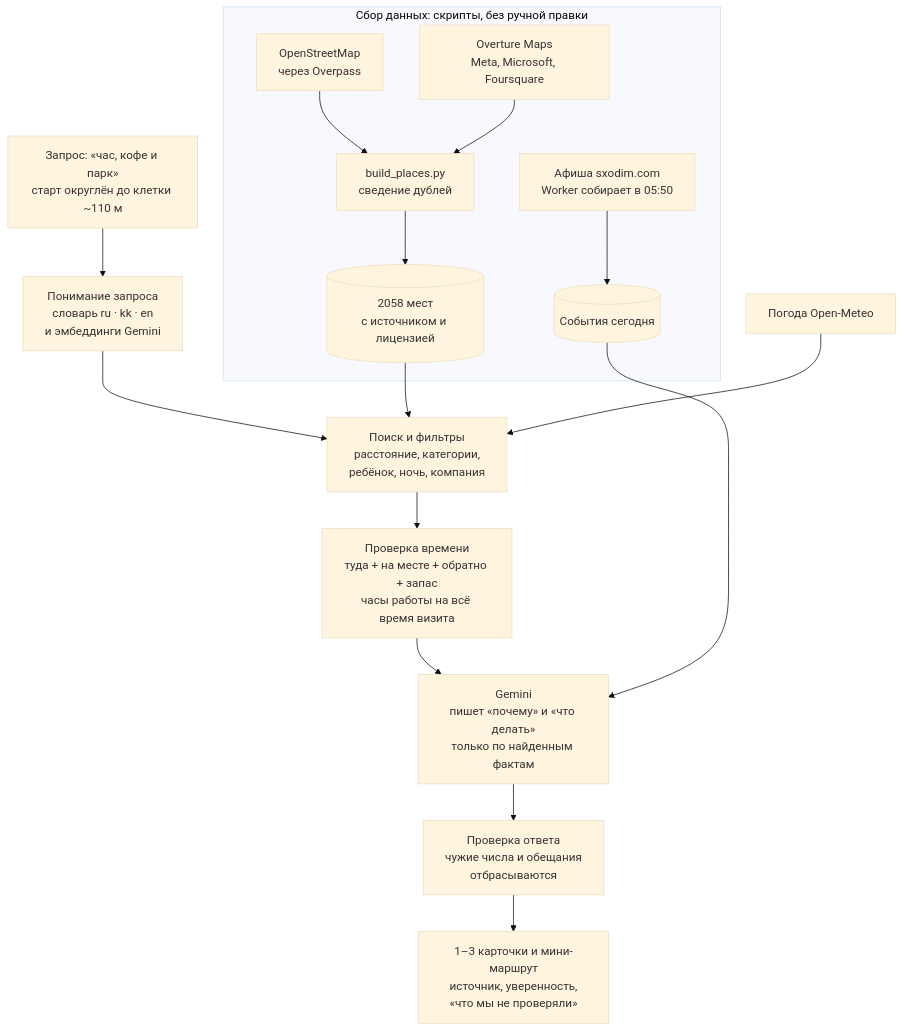
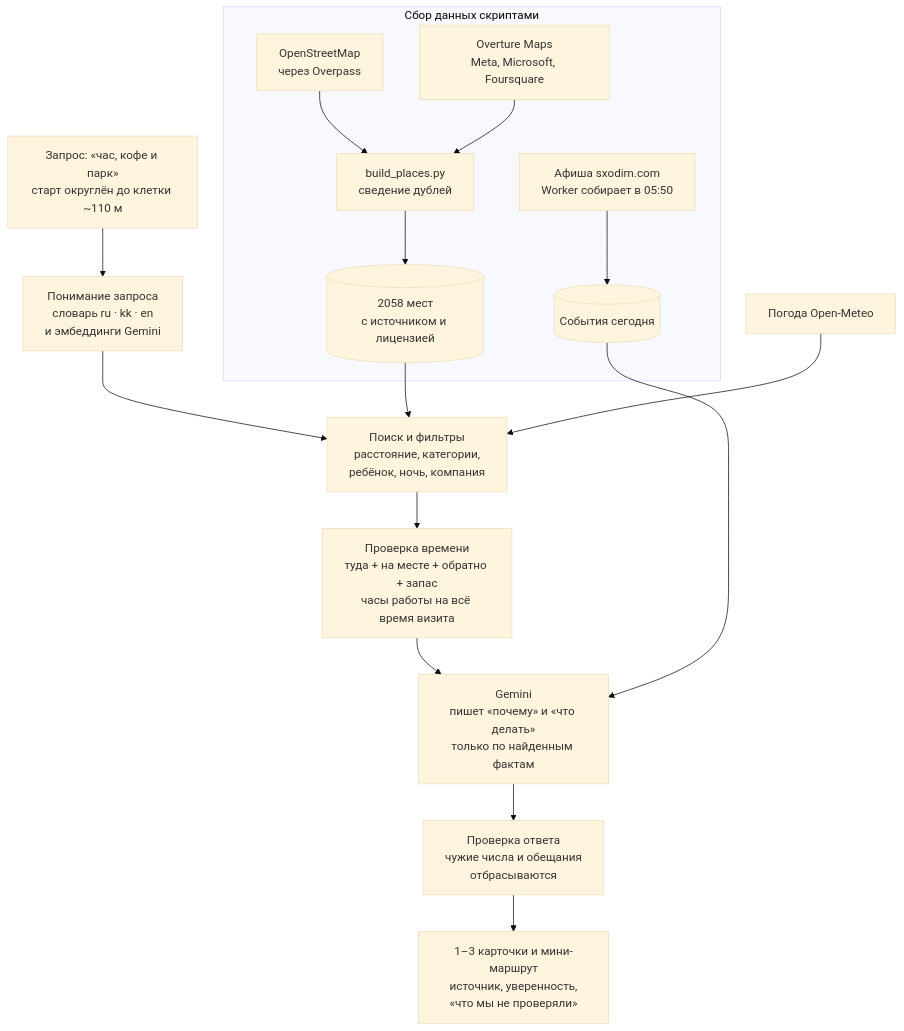
Before and after one commit to Azalytical/ascension-smartwalk: the diagram in docs/how-it-works.md, drawn with Mermaid (base theme).

Commit message:
Shorter title for the data collection box in the RAG diagram
Claude-Session: https://claude.ai/code/session_018SeCRCB3GvbfdCr5vpKw2r

````diff
--- a/docs/how-it-works.md
+++ b/docs/how-it-works.md
@@ -5,18 +5,18 @@
 ```mermaid
 flowchart TB
-  subgraph collect["Сбор данных: скрипты, без ручной правки"]
+  subgraph collect["Сбор данных скриптами"]
     osm["OpenStreetMap<br/>через Overpass"] --> merge["build_places.py<br/>сведение дублей"]
     ovt["Overture Maps<br/>Meta, Microsoft, Foursquare"] --> merge
     merge --> db[("2058 мест<br/>с источником и лицензией")]
     sx["Афиша sxodim.com<br/>Worker собирает в 05:50"] --> ev[("События сегодня")]
   end
   q["Запрос: «час, кофе и парк»<br/>старт округлён до клетки ~110 м"] --> intent["Понимание запроса<br/>словарь ru · kk · en<br/>и эмбеддинги Gemini"]
   intent --> search["Поиск и фильтры<br/>расстояние, категории,<br/>ребёнок, ночь, компания"]
   db --> search
   weather["Погода Open-Meteo"] --> search
   search --> time["Проверка времени<br/>туда + на месте + обратно + запас<br/>часы работы на всё время визита"]
   time --> llm["Gemini<br/>пишет «почему» и «что делать»<br/>только по найденным фактам"]
   ev --> llm
   llm --> check["Проверка ответа<br/>чужие числа и обещания<br/>отбрасываются"]
   check --> card["1–3 карточки и мини-маршрут<br/>источник, уверенность,<br/>«что мы не проверяли»"]
 ```
````
